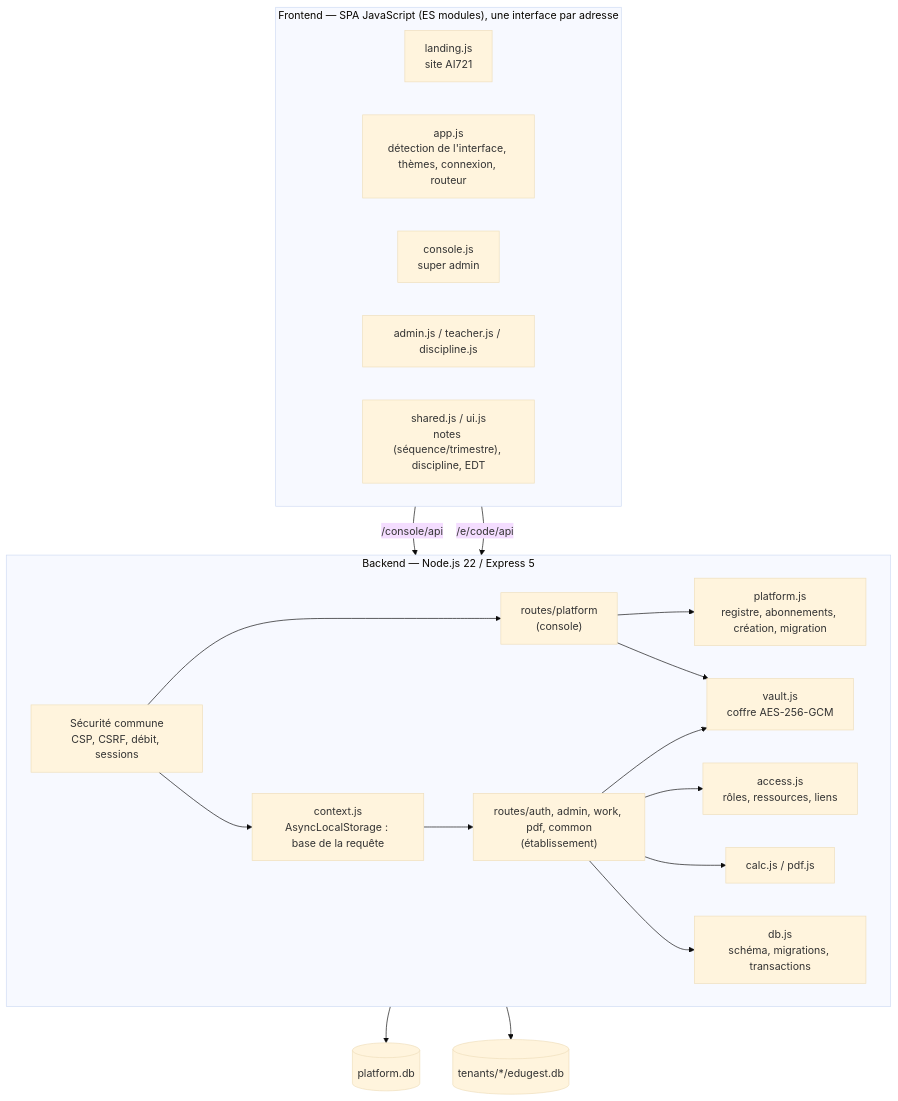
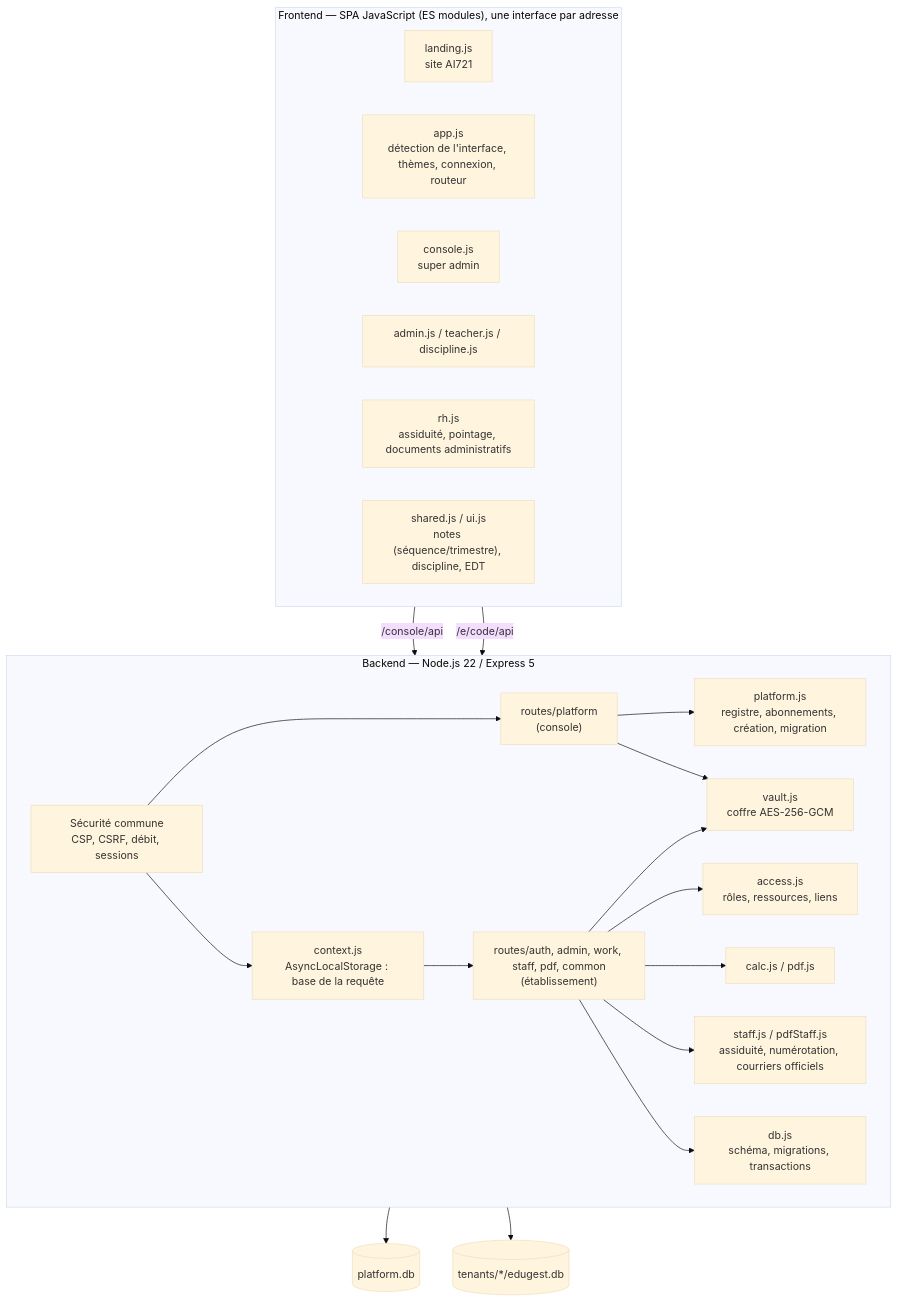
One commit to ANDJE30/MY_WORLD changed the diagram in docs/uml/10_architecture.mmd. Above: the diagram before and after it, drawn with Mermaid (base theme). The commit also changed 155 other files, not shown here.

First line of the commit message:
AI721 SchoolX CM 3.0 : assiduité et documents administratifs des enseignants

```diff
--- a/docs/uml/10_architecture.mmd
+++ b/docs/uml/10_architecture.mmd
@@ -1,32 +1,34 @@
 flowchart TB
   subgraph FRONT["Frontend — SPA JavaScript (ES modules), une interface par adresse"]
     direction LR
     F0["landing.js<br/>site AI721"]
     F1["app.js<br/>détection de l'interface, thèmes, connexion, routeur"]
     F2["console.js<br/>super admin"]
     F3["admin.js / teacher.js / discipline.js"]
+    F5["rh.js<br/>assiduité, pointage, documents administratifs"]
     F4["shared.js / ui.js<br/>notes (séquence/trimestre), discipline, EDT"]
   end
   subgraph BACK["Backend — Node.js 22 / Express 5"]
     direction LR
     M["Sécurité commune<br/>CSP, CSRF, débit, sessions"]
     PL["platform.js<br/>registre, abonnements, création, migration"]
     CX["context.js<br/>AsyncLocalStorage : base de la requête"]
     RC["routes/platform<br/>(console)"]
-    RT["routes/auth, admin, work, pdf, common<br/>(établissement)"]
+    RT["routes/auth, admin, work, staff, pdf, common<br/>(établissement)"]
+    ST["staff.js / pdfStaff.js<br/>assiduité, numérotation, courriers officiels"]
     AC["access.js<br/>rôles, ressources, liens"]
     V["vault.js<br/>coffre AES-256-GCM"]
     C["calc.js / pdf.js"]
     D["db.js<br/>schéma, migrations, transactions"]
   end
   PDB[("platform.db")]
   TDB[("tenants/*/edugest.db")]
   FRONT -- "/console/api" --> M
   FRONT -- "/e/code/api" --> M
   M --> RC & CX
   CX --> RT
   RC --> PL & V
-  RT --> AC & C & V
+  RT --> AC & C & V & ST
   PL --> PDB
   D --> TDB
   RT --> D
```
